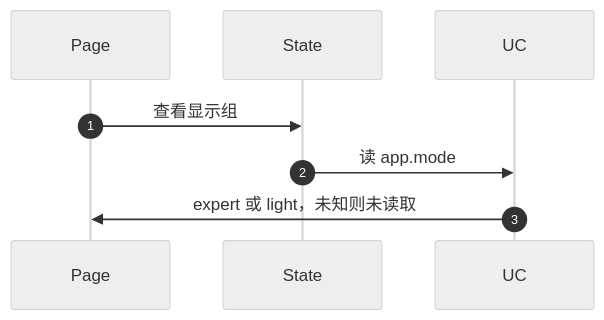
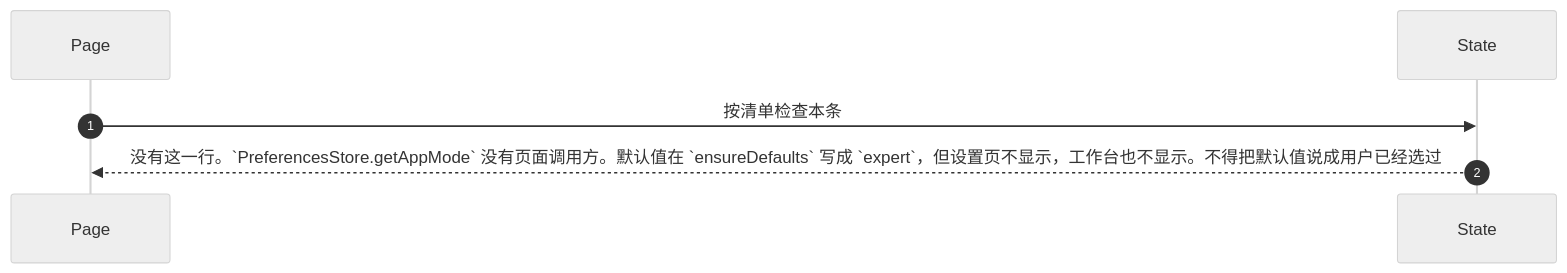
Before and after one commit to yohurm/HarmonyOS-YoWireTools: the third of 4 diagrams in docs/goal/architecture/settings/SET-006.md, drawn with Mermaid (neutral theme). The commit also changed other lines of this file and 30 other files, not shown here.

````diff
--- a/docs/goal/architecture/settings/SET-006.md
+++ b/docs/goal/architecture/settings/SET-006.md
@@ -73,10 +84,8 @@
 ```mermaid
 sequenceDiagram
   autonumber
   participant Page
   participant State
-  participant UC
-  Page->>State: 查看显示组
-  State->>UC: 读 app.mode
-  UC->>Page: expert 或 light，未知则未读取
+  Page->>State: 按清单检查本条
+  State-->>Page: 没有这一行。`PreferencesStore.getAppMode` 没有页面调用方。默认值在 `ensureDefaults` 写成 `expert`，但设置页不显示，工作台也不显示。不得把默认值说成用户已经选过
 ```
````
